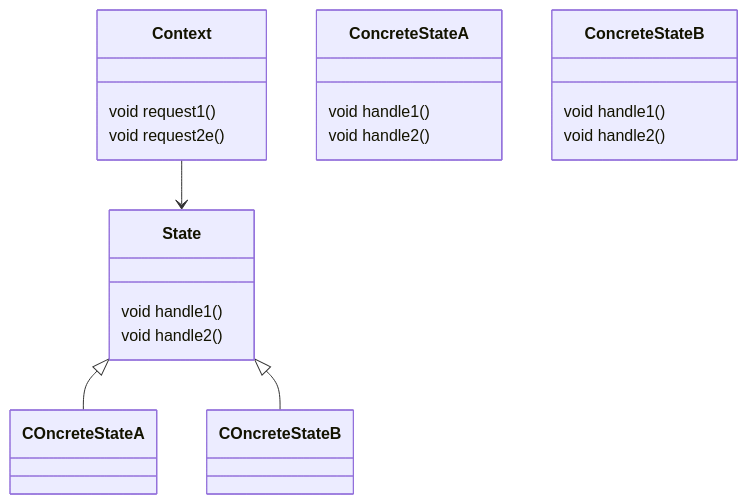
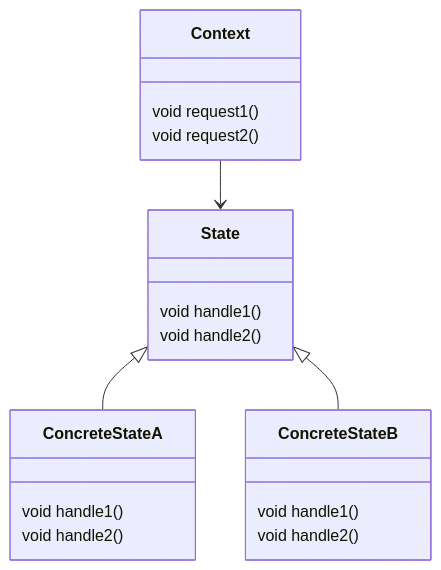
One commit to atidyshirt/University changed the sixth of 11 diagrams in SENG301/notes.md. Above: the diagram before and after it, drawn with Mermaid. The commit also changed other lines of this file and 5 other files, not shown here.

````diff
--- a/SENG301/notes.md
+++ b/SENG301/notes.md
@@ -1148,22 +1148,22 @@
 ```mermaid
 classDiagram
   Context --> State
-  State <|-- COncreteStateA
-  State <|-- COncreteStateB
+  State <|-- ConcreteStateA
+  State <|-- ConcreteStateB
   class Context {
     void request1()
-    void request2e()
+    void request2()
   }
   class State {
     void handle1()
     void handle2()
   }
   class ConcreteStateA {
     void handle1()
     void handle2()
   }
   class ConcreteStateB {
     void handle1()
     void handle2()
   }
 ```
````
